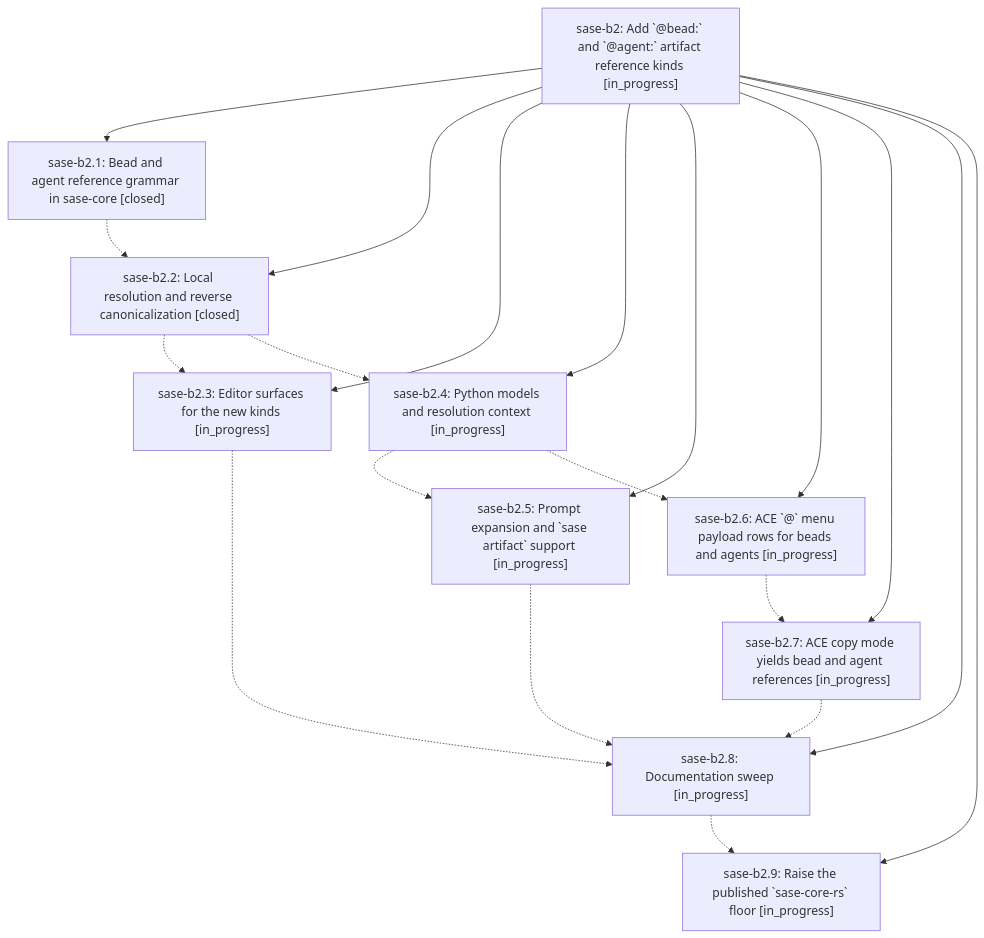
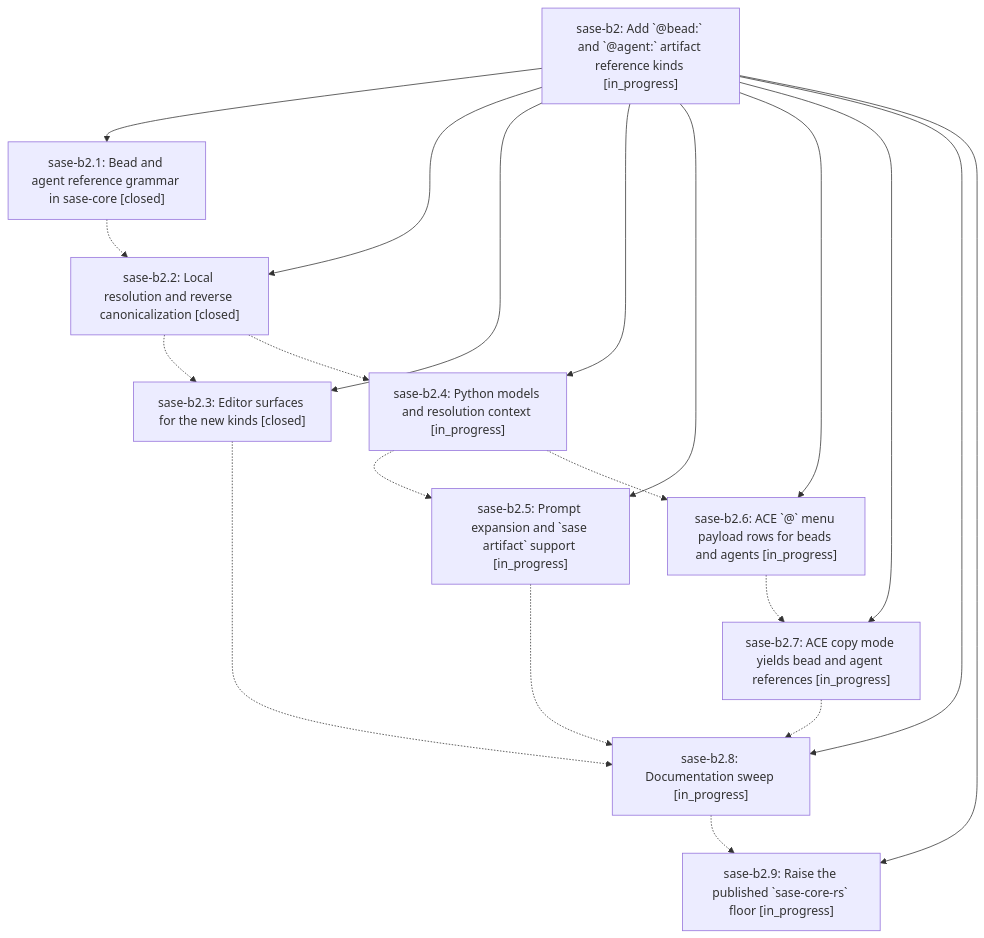
The diagram in pages/sase-b2/README.md (sase-org/sase--beads), drawn with Mermaid before and after one commit. The commit also changed other lines of this file and 3 other files, not shown here.

````diff
--- a/pages/sase-b2/README.md
+++ b/pages/sase-b2/README.md
@@ -30,32 +30,32 @@
 ```mermaid
 flowchart TD
     n0["sase-b2: Add `@bead:` and `@agent:` artifact reference kinds [in_progress]"]
     n1["sase-b2.1: Bead and agent reference grammar in sase-core [closed]"]
     n2["sase-b2.2: Local resolution and reverse canonicalization [closed]"]
-    n3["sase-b2.3: Editor surfaces for the new kinds [in_progress]"]
+    n3["sase-b2.3: Editor surfaces for the new kinds [closed]"]
     n4["sase-b2.4: Python models and resolution context [in_progress]"]
     n5["sase-b2.5: Prompt expansion and `sase artifact` support [in_progress]"]
     n6["sase-b2.6: ACE `@` menu payload rows for beads and agents [in_progress]"]
     n7["sase-b2.7: ACE copy mode yields bead and agent references [in_progress]"]
     n8["sase-b2.8: Documentation sweep [in_progress]"]
     n9["sase-b2.9: Raise the published `sase-core-rs` floor [in_progress]"]
     n0 --> n1
     n0 --> n2
     n0 --> n3
     n0 --> n4
     n0 --> n5
     n0 --> n6
     n0 --> n7
     n0 --> n8
     n0 --> n9
     n1 -.-> n2
     n2 -.-> n3
     n2 -.-> n4
     n3 -.-> n8
     n4 -.-> n5
     n4 -.-> n6
     n5 -.-> n8
     n6 -.-> n7
     n7 -.-> n8
     n8 -.-> n9
 ```
````
